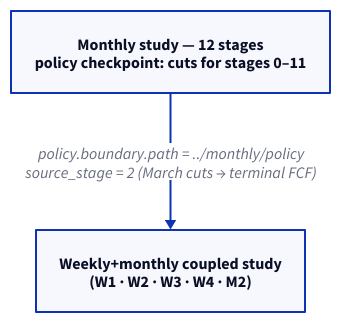
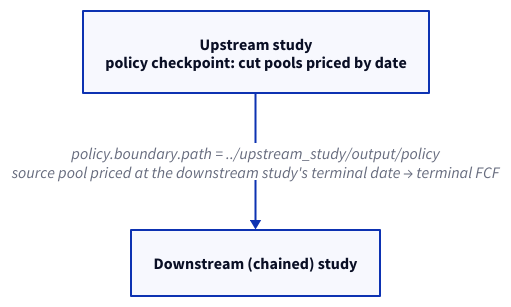
Before and after one commit to ons-ccee-epe/novomodelo-mcp: the diagram in src/cobre_mcp/_bundled/docs/running/policy-management.mdx, drawn with D2. The commit also changed other lines of this file and 123 other files, not shown here.

````diff
--- a/src/cobre_mcp/_bundled/docs/running/policy-management.mdx
+++ b/src/cobre_mcp/_bundled/docs/running/policy-management.mdx
@@ -389,8 +673,8 @@
 ```d2
 direction: down
 
-monthly: "Monthly study — 12 stages\npolicy checkpoint: cuts for stages 0–11" {shape: rectangle}
-coupled: "Weekly+monthly coupled study\n(W1 · W2 · W3 · W4 · M2)" {shape: rectangle}
+upstream: "Upstream study\npolicy checkpoint: cut pools priced by date" {shape: rectangle}
+downstream: "Downstream (chained) study" {shape: rectangle}
 
-monthly -> coupled: "policy.boundary.path = ../monthly/policy\nsource_stage = 2  (March cuts → terminal FCF)"
+upstream -> downstream: "policy.boundary.path = ../upstream_study/output/policy\nsource pool priced at the downstream study's terminal date → terminal FCF"
 ```
````
